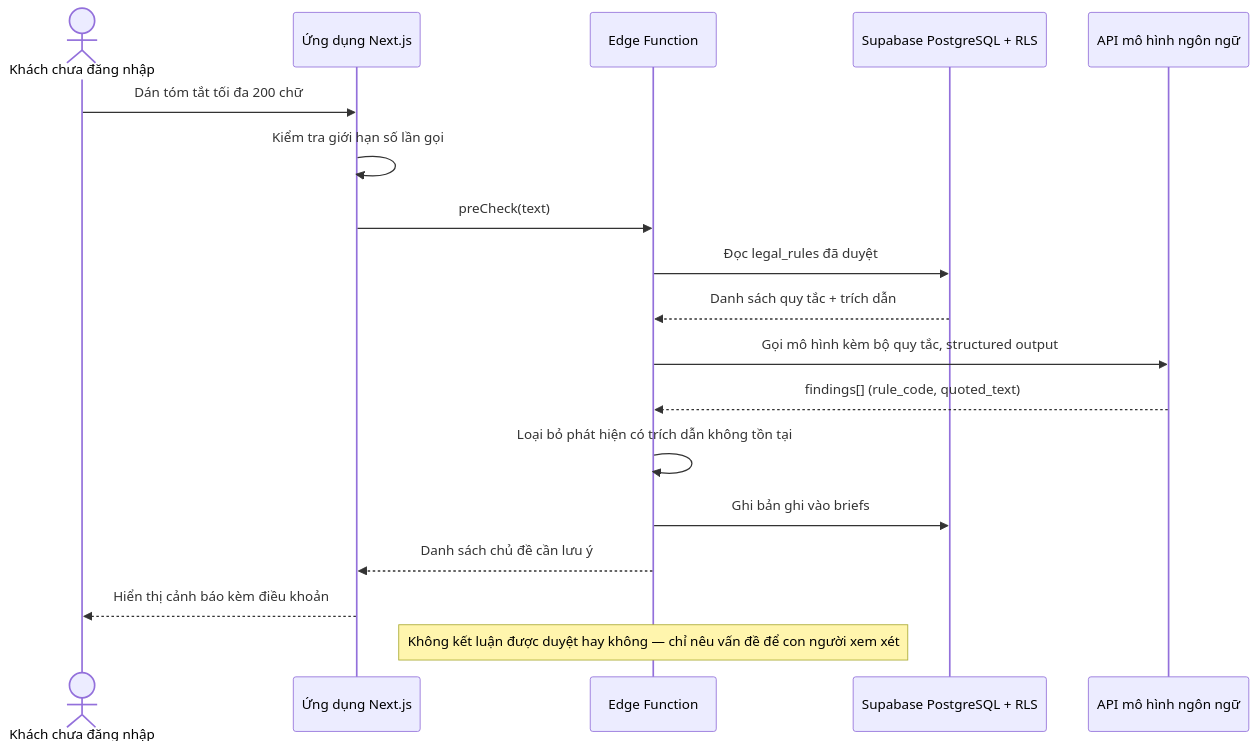
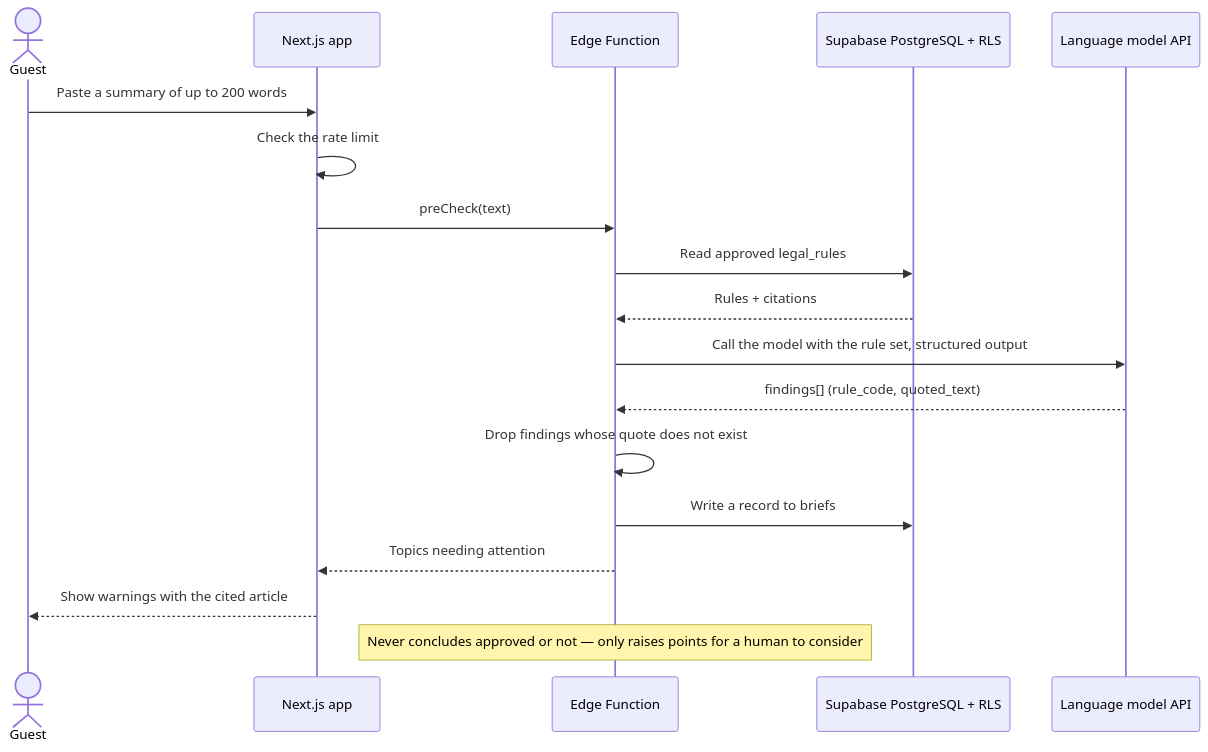
The second of 12 diagrams in docs/architecture/sequence-diagrams.md (namnt2005/CINEMATCH-DBIZ3.TeamC), drawn with Mermaid before and after one commit. The commit also changed other lines of this file and 92 other files, not shown here.

````diff
--- a/docs/architecture/sequence-diagrams.md
+++ b/docs/architecture/sequence-diagrams.md
@@ -49,21 +50,21 @@
 ```mermaid
 sequenceDiagram
-    actor GU as Khách chưa đăng nhập
-    participant FE as Ứng dụng Next.js
+    actor GU as Guest
+    participant FE as Next.js app
     participant EF as Edge Function
     participant DB as Supabase PostgreSQL + RLS
-    participant AI as API mô hình ngôn ngữ
+    participant AI as Language model API
 
-    GU->>FE: Dán tóm tắt tối đa 200 chữ
-    FE->>FE: Kiểm tra giới hạn số lần gọi
+    GU->>FE: Paste a summary of up to 200 words
+    FE->>FE: Check the rate limit
     FE->>EF: preCheck(text)
-    EF->>DB: Đọc legal_rules đã duyệt
-    DB-->>EF: Danh sách quy tắc + trích dẫn
-    EF->>AI: Gọi mô hình kèm bộ quy tắc, structured output
+    EF->>DB: Read approved legal_rules
+    DB-->>EF: Rules + citations
+    EF->>AI: Call the model with the rule set, structured output
     AI-->>EF: findings[] (rule_code, quoted_text)
-    EF->>EF: Loại bỏ phát hiện có trích dẫn không tồn tại
-    EF->>DB: Ghi bản ghi vào briefs
-    EF-->>FE: Danh sách chủ đề cần lưu ý
-    FE-->>GU: Hiển thị cảnh báo kèm điều khoản
-    Note over EF: Không kết luận được duyệt hay không — chỉ nêu vấn đề để con người xem xét
+    EF->>EF: Drop findings whose quote does not exist
+    EF->>DB: Write a record to briefs
+    EF-->>FE: Topics needing attention
+    FE-->>GU: Show warnings with the cited article
+    Note over EF: Never concludes approved or not — only raises points for a human to consider
 ```
````
